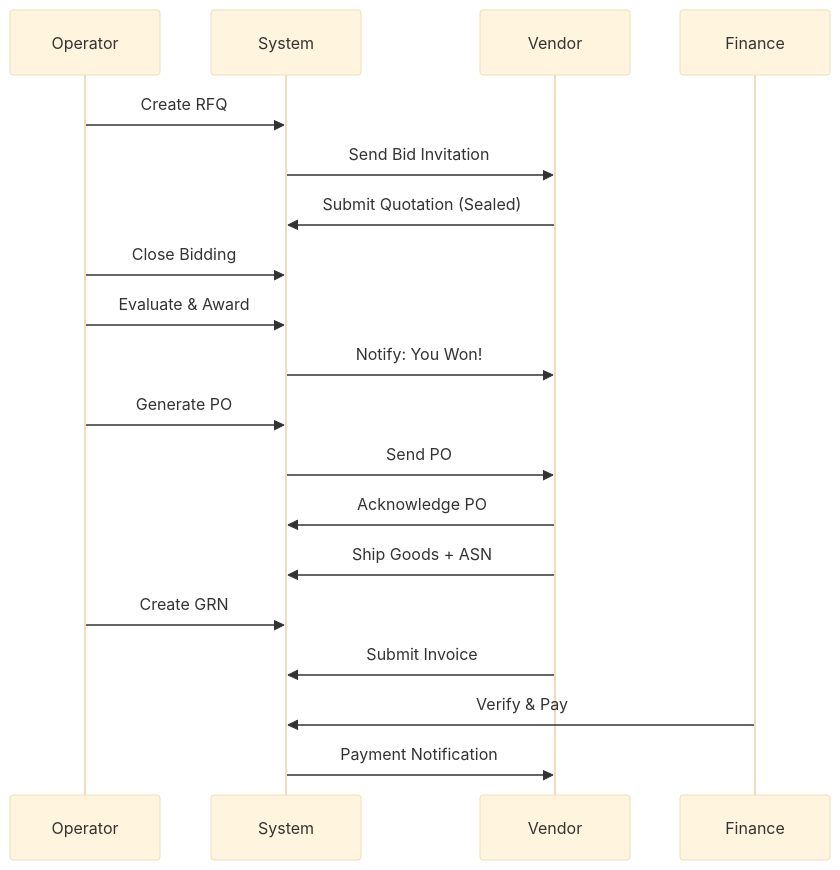
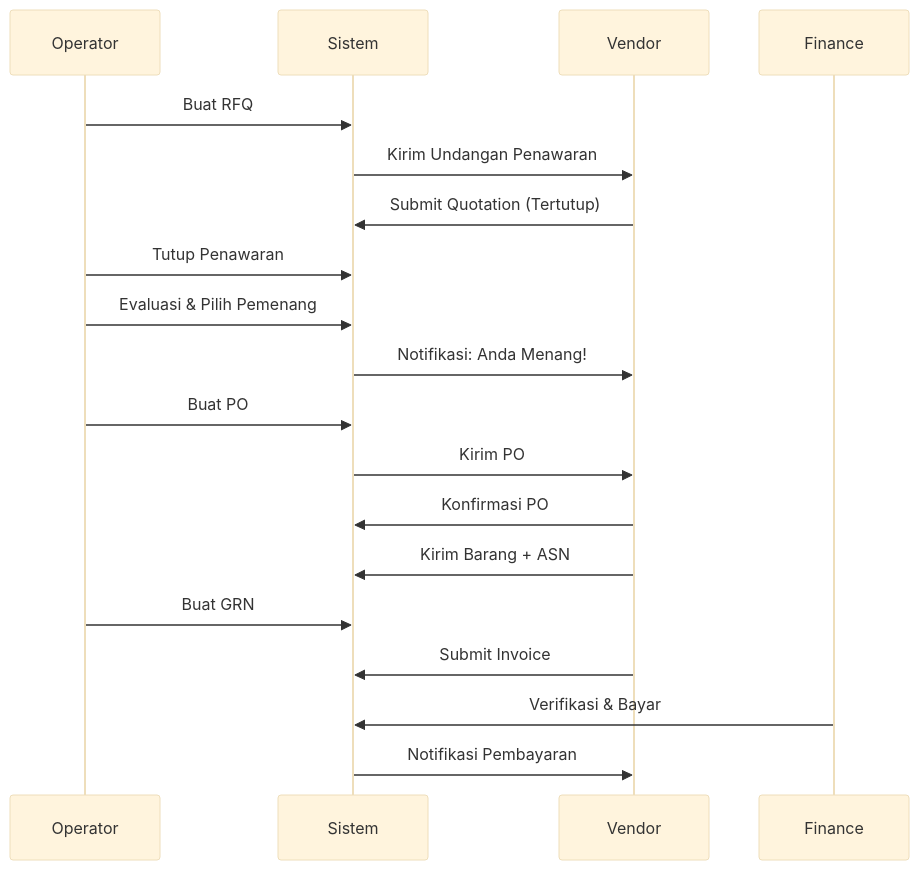
The fourth of 13 diagrams in system_design/BUSINESS_PROCESS_MODEL.md (Vencore-erp/documentation), drawn with Mermaid (base theme) before and after one commit. The commit also changed other lines of this file and 16 other files, not shown here.

````diff
--- a/system_design/BUSINESS_PROCESS_MODEL.md
+++ b/system_design/BUSINESS_PROCESS_MODEL.md
@@ -151,22 +151,22 @@
 ```mermaid
 sequenceDiagram
     participant Operator
-    participant System
+    participant Sistem
     participant Vendor
     participant Finance
 
-    Operator->>System: Create RFQ
-    System->>Vendor: Send Bid Invitation
-    Vendor->>System: Submit Quotation (Sealed)
-    Operator->>System: Close Bidding
-    Operator->>System: Evaluate & Award
-    System->>Vendor: Notify: You Won!
-    Operator->>System: Generate PO
-    System->>Vendor: Send PO
-    Vendor->>System: Acknowledge PO
-    Vendor->>System: Ship Goods + ASN
-    Operator->>System: Create GRN
-    Vendor->>System: Submit Invoice
-    Finance->>System: Verify & Pay
-    System->>Vendor: Payment Notification
+    Operator->>Sistem: Buat RFQ
+    Sistem->>Vendor: Kirim Undangan Penawaran
+    Vendor->>Sistem: Submit Quotation (Tertutup)
+    Operator->>Sistem: Tutup Penawaran
+    Operator->>Sistem: Evaluasi & Pilih Pemenang
+    Sistem->>Vendor: Notifikasi: Anda Menang!
+    Operator->>Sistem: Buat PO
+    Sistem->>Vendor: Kirim PO
+    Vendor->>Sistem: Konfirmasi PO
+    Vendor->>Sistem: Kirim Barang + ASN
+    Operator->>Sistem: Buat GRN
+    Vendor->>Sistem: Submit Invoice
+    Finance->>Sistem: Verifikasi & Bayar
+    Sistem->>Vendor: Notifikasi Pembayaran
 ```
````
